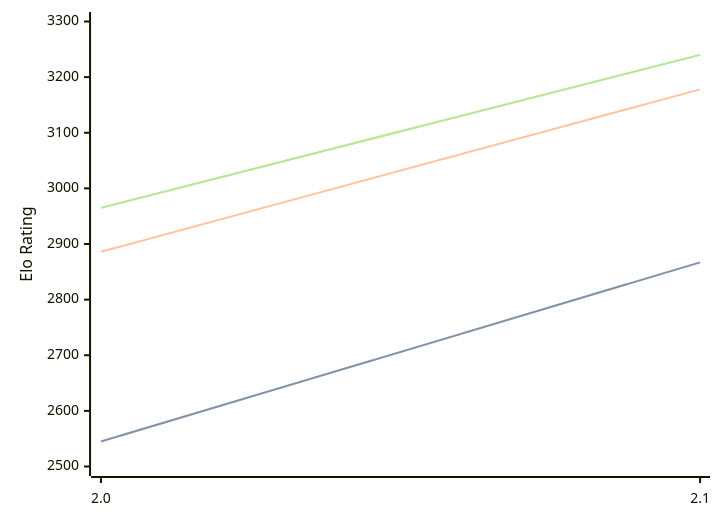
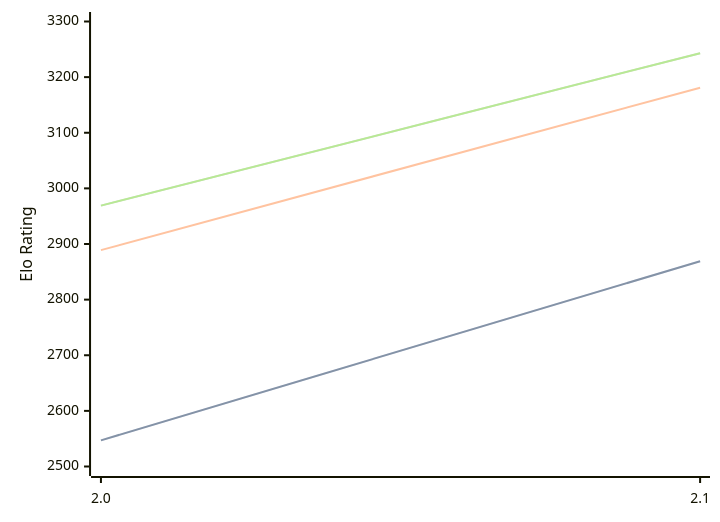
One commit to computer-chess-index/cci changed the diagram in engines/Tunguska.md. Above: the diagram before and after it, drawn with Mermaid. The commit also changed other lines of this file, not shown here.

Commit message:
Update CCI Ratings (ELO VLTC) - 2026-04-30

````diff
--- a/engines/Tunguska.md
+++ b/engines/Tunguska.md
@@ -32,11 +32,11 @@
 ```mermaid
 %%{init: {"theme":"base","themeVariables":{"seriesColors:['#a3a3a3','#222221','#faa371']}}}%%
 xychart-beta
   x-axis ["2.0", "2.1"]
   y-axis "Elo Rating" 2500 --> 3300
-  line "STC (8.0+0.08s)" [2545, 2867]
-  line "STC (8.0+0.08s)" [2545, 2867]
-  line "LTC (60.0+0.60s)" [2886, 3178]
-  line "VLTC (2m24s+1.12s)" [2965, 3240]
-  line "VLTC (2m24s+1.12s)" [2965, 3240]
+  line "STC (8.0+0.08s)" [2547, 2869]
+  line "STC (8.0+0.08s)" [2547, 2869]
+  line "LTC (60.0+0.60s)" [2889, 3181]
+  line "VLTC (2m24s+1.12s)" [2969, 3243]
+  line "VLTC (2m24s+1.12s)" [2969, 3243]
 ```
````
